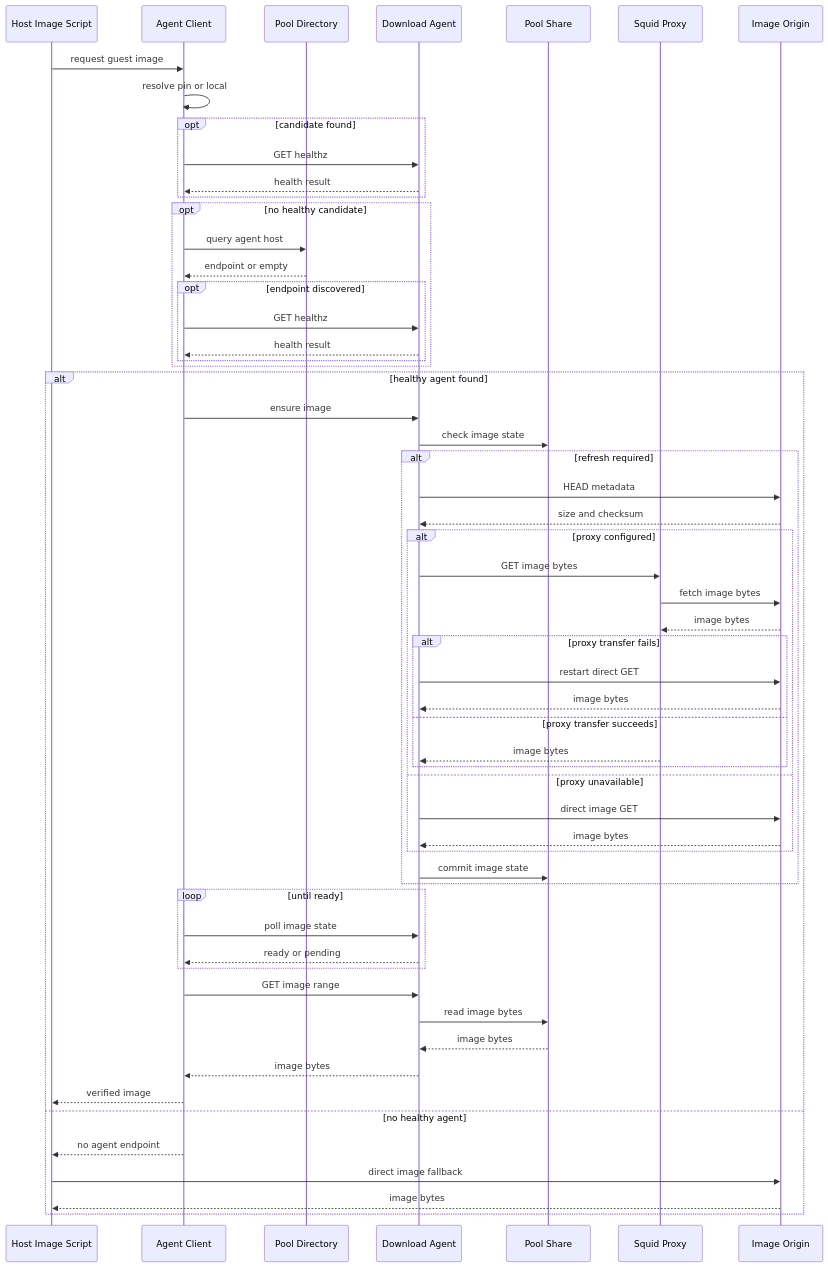
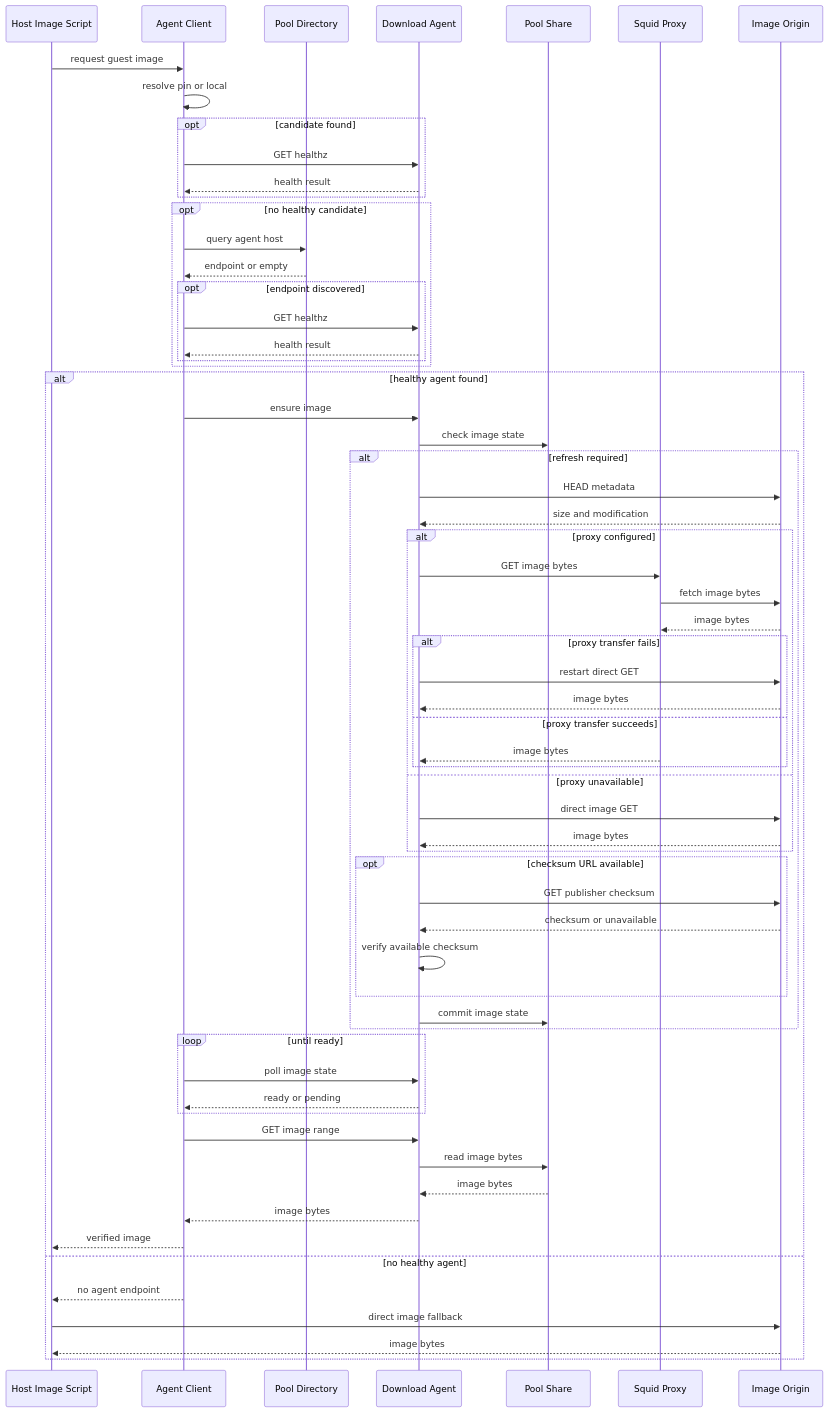
Before and after one commit to alissonsol/yuruna: the fifth of 8 diagrams in docs/design/03-data-flows.md, drawn with Mermaid. The commit also changed other lines of this file and 849 other files, not shown here.

````diff
--- a/docs/design/03-data-flows.md
+++ b/docs/design/03-data-flows.md
@@ -209,62 +212,68 @@
 ```mermaid
 sequenceDiagram
   participant host-image-script as Host Image Script
   participant agent-client as Agent Client
   participant pool-directory as Pool Directory
   participant download-agent as Download Agent
   participant pool-share as Pool Share
   participant squid-proxy as Squid Proxy
   participant image-origin as Image Origin
 
   host-image-script->>agent-client: request guest image
   agent-client->>agent-client: resolve pin or local
   opt candidate found
     agent-client->>download-agent: GET healthz
     download-agent-->>agent-client: health result
   end
   opt no healthy candidate
     agent-client->>pool-directory: query agent host
     pool-directory-->>agent-client: endpoint or empty
     opt endpoint discovered
       agent-client->>download-agent: GET healthz
       download-agent-->>agent-client: health result
     end
   end
   alt healthy agent found
     agent-client->>download-agent: ensure image
     download-agent->>pool-share: check image state
     alt refresh required
       download-agent->>image-origin: HEAD metadata
-      image-origin-->>download-agent: size and checksum
+      image-origin-->>download-agent: size and modification
       %% optional -- image bytes use the configured proxy first
       alt proxy configured
         download-agent->>squid-proxy: GET image bytes
         squid-proxy->>image-origin: fetch image bytes
         image-origin-->>squid-proxy: image bytes
         alt proxy transfer fails
           download-agent->>image-origin: restart direct GET
           image-origin-->>download-agent: image bytes
         else proxy transfer succeeds
           squid-proxy-->>download-agent: image bytes
         end
       else proxy unavailable
         download-agent->>image-origin: direct image GET
         image-origin-->>download-agent: image bytes
+      end
+      %% optional -- publisher checksum is verified when available
+      opt checksum URL available
+        download-agent->>image-origin: GET publisher checksum
+        image-origin-->>download-agent: checksum or unavailable
+        download-agent->>download-agent: verify available checksum
       end
       download-agent->>pool-share: commit image state
     end
     loop until ready
       agent-client->>download-agent: poll image state
       download-agent-->>agent-client: ready or pending
     end
     agent-client->>download-agent: GET image range
     download-agent->>pool-share: read image bytes
     pool-share-->>download-agent: image bytes
     download-agent-->>agent-client: image bytes
     agent-client-->>host-image-script: verified image
   else no healthy agent
     agent-client-->>host-image-script: no agent endpoint
     host-image-script->>image-origin: direct image fallback
     image-origin-->>host-image-script: image bytes
   end
 ```
````
